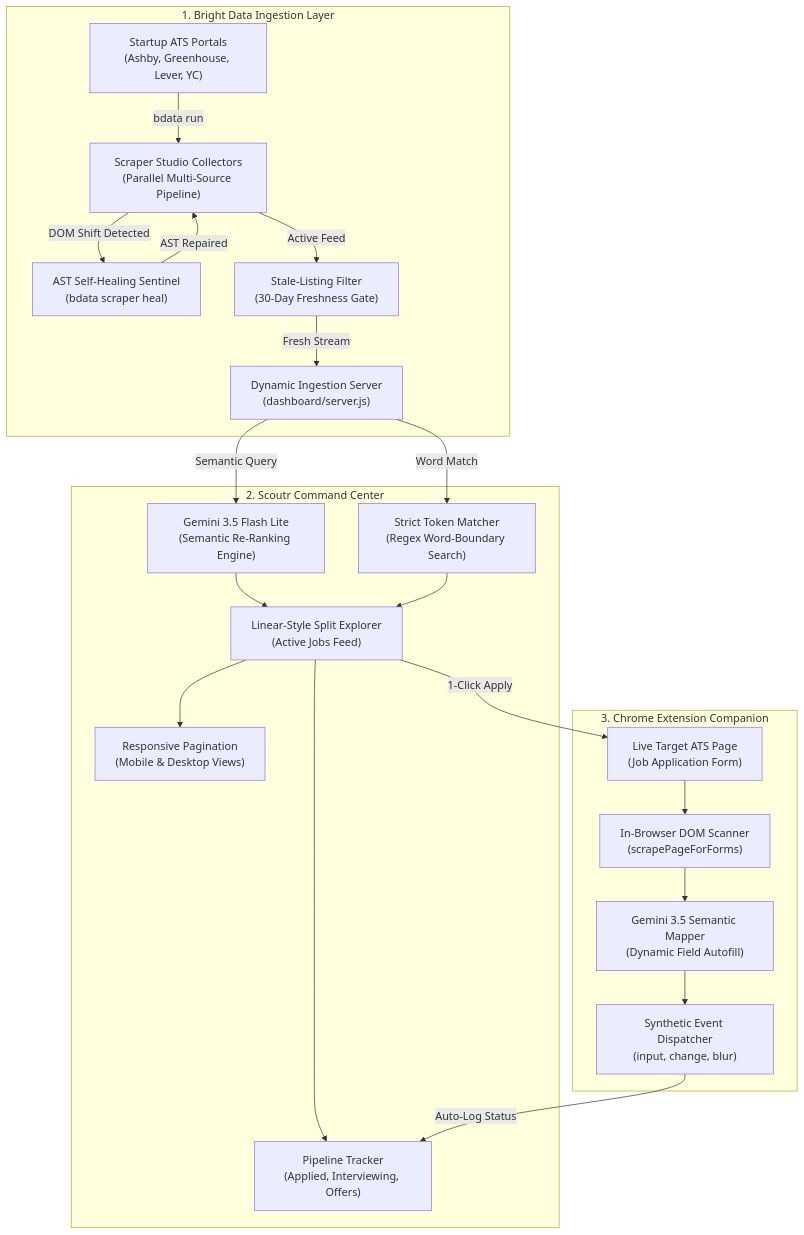
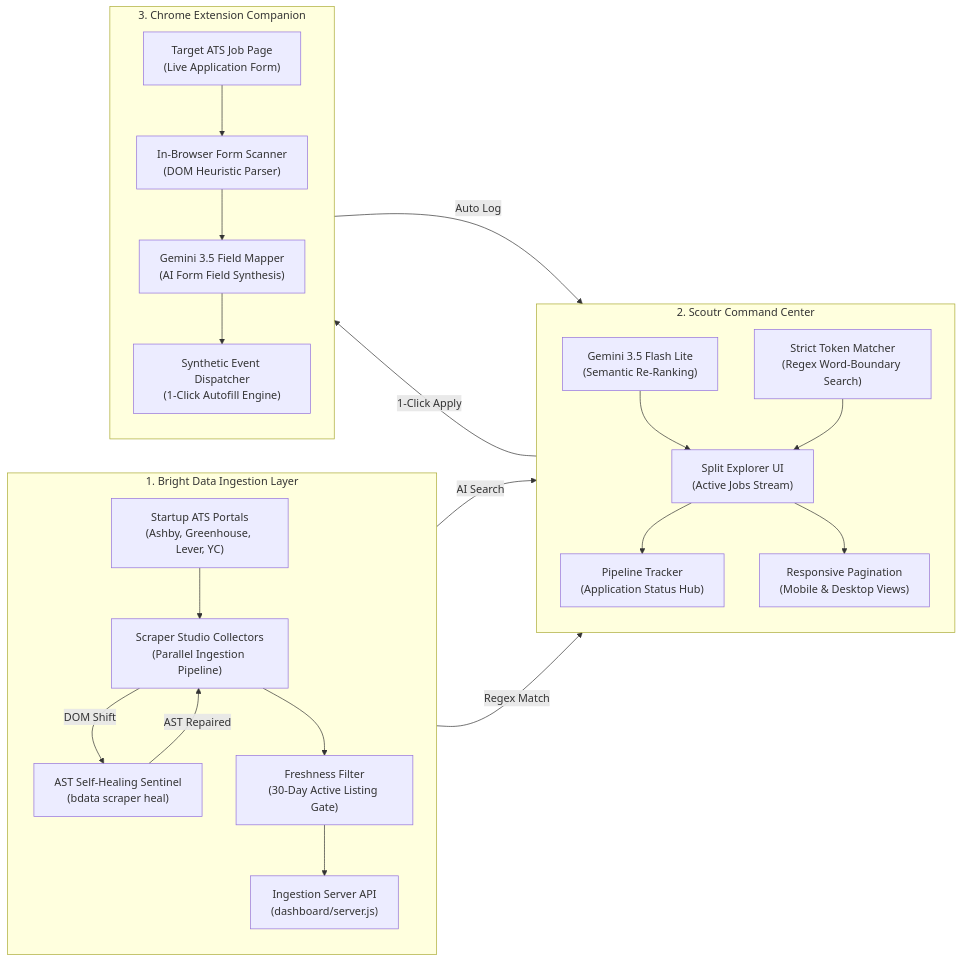
One commit to wizardwithcodehazard/Scoutr changed the diagram in README.md. Above: the diagram before and after it, drawn with Mermaid.

Commit message:
docs: use flowchart LR with standard line breaks in Mermaid to prevent GitHub SVG text clipping

````diff
--- a/README.md
+++ b/README.md
@@ -28,44 +28,47 @@
 ```mermaid
-flowchart TD
-    subgraph Discovery["1. Bright Data Ingestion Layer"]
-        A["Startup ATS Portals<br/>(Ashby, Greenhouse, Lever, YC)"]
-        B["Scraper Studio Collectors<br/>(Parallel Multi-Source Pipeline)"]
-        C["AST Self-Healing Sentinel<br/>(bdata scraper heal)"]
-        D["Stale-Listing Filter<br/>(30-Day Freshness Gate)"]
-        E["Dynamic Ingestion Server<br/>(dashboard/server.js)"]
+flowchart LR
+    subgraph Ingestion ["1. Bright Data Ingestion Layer"]
+        direction TB
+        A["Startup ATS Portals\n(Ashby, Greenhouse, Lever, YC)"]
+        B["Scraper Studio Collectors\n(Parallel Ingestion Pipeline)"]
+        C["AST Self-Healing Sentinel\n(bdata scraper heal)"]
+        D["Freshness Filter\n(30-Day Active Listing Gate)"]
+        E["Ingestion Server API\n(dashboard/server.js)"]
     end
 
-    subgraph Command["2. Scoutr Command Center"]
-        F["Linear-Style Split Explorer<br/>(Active Jobs Feed)"]
-        G["Gemini 3.5 Flash Lite<br/>(Semantic Re-Ranking Engine)"]
-        H["Strict Token Matcher<br/>(Regex Word-Boundary Search)"]
-        I["Pipeline Tracker<br/>(Applied, Interviewing, Offers)"]
-        J["Responsive Pagination<br/>(Mobile & Desktop Views)"]
+    subgraph Command ["2. Scoutr Command Center"]
+        direction TB
+        F["Split Explorer UI\n(Active Jobs Stream)"]
+        G["Gemini 3.5 Flash Lite\n(Semantic Re-Ranking)"]
+        H["Strict Token Matcher\n(Regex Word-Boundary Search)"]
+        I["Pipeline Tracker\n(Application Status Hub)"]
+        J["Responsive Pagination\n(Mobile & Desktop Views)"]
     end
 
-    subgraph Extension["3. Chrome Extension Companion"]
-        K["Live Target ATS Page<br/>(Job Application Form)"]
-        L["In-Browser DOM Scanner<br/>(scrapePageForForms)"]
-        M["Gemini 3.5 Semantic Mapper<br/>(Dynamic Field Autofill)"]
-        N["Synthetic Event Dispatcher<br/>(input, change, blur)"]
+    subgraph Extension ["3. Chrome Extension Companion"]
+        direction TB
+        K["Target ATS Job Page\n(Live Application Form)"]
+        L["In-Browser Form Scanner\n(DOM Heuristic Parser)"]
+        M["Gemini 3.5 Field Mapper\n(AI Form Field Synthesis)"]
+        N["Synthetic Event Dispatcher\n(1-Click Autofill Engine)"]
     end
 
-    A -->|bdata run| B
-    B -->|DOM Shift Detected| C
+    A --> B
+    B -->|DOM Shift| C
     C -->|AST Repaired| B
-    B -->|Active Feed| D
-    D -->|Fresh Stream| E
+    B --> D
+    D --> E
 
-    E -->|Semantic Query| G
-    E -->|Word Match| H
+    E -->|AI Search| G
+    E -->|Regex Match| H
     G --> F
     H --> F
     F --> I
     F --> J
 
     F -->|1-Click Apply| K
     K --> L
     L --> M
     M --> N
-    N -->|Auto-Log Status| I
+    N -->|Auto Log| I
 ```
````
